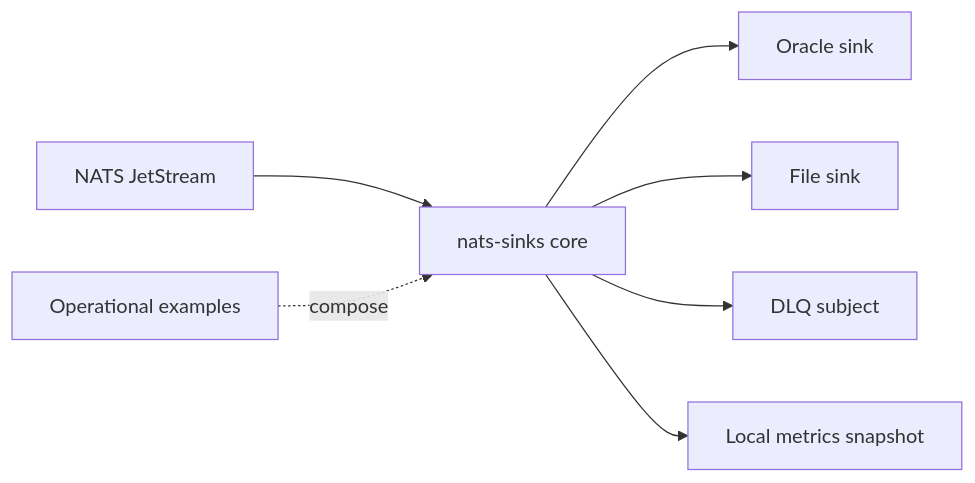
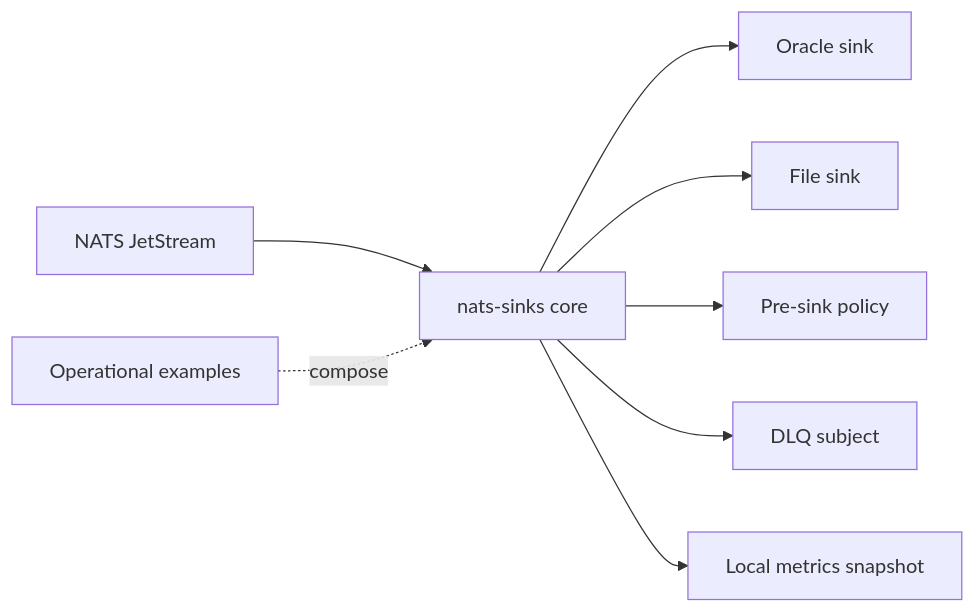
One commit to ProjectCuillin/nats-sinks changed the diagram in docs/use-cases/mission-support/index.md. Above: the diagram before and after it, drawn with Mermaid. The commit also changed other lines of this file and 28 other files, not shown here.

Commit message:
Add pre-sink policy gate

````diff
--- a/docs/use-cases/mission-support/index.md
+++ b/docs/use-cases/mission-support/index.md
@@ -14,9 +14,10 @@
 ```mermaid
 flowchart LR
     JS[NATS JetStream] --> Core[nats-sinks core]
     Core --> Oracle[Oracle sink]
     Core --> File[File sink]
+    Core --> Policy[Pre-sink policy]
     Core --> DLQ[DLQ subject]
     Core --> Metrics[Local metrics snapshot]
     Examples[Operational examples] -. compose .-> Core
 ```
````
